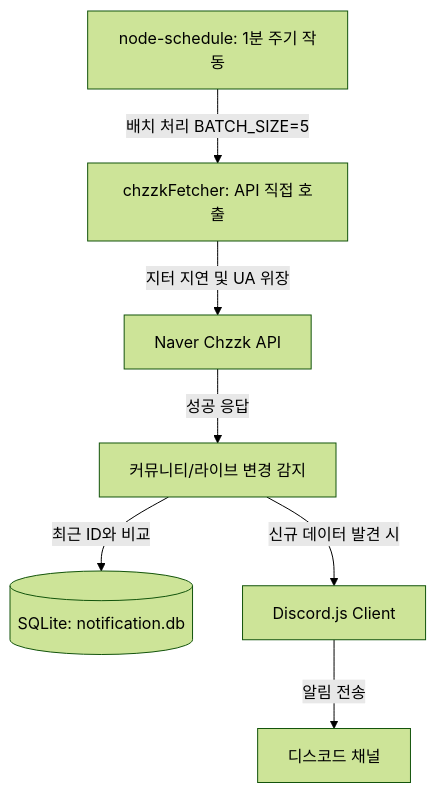
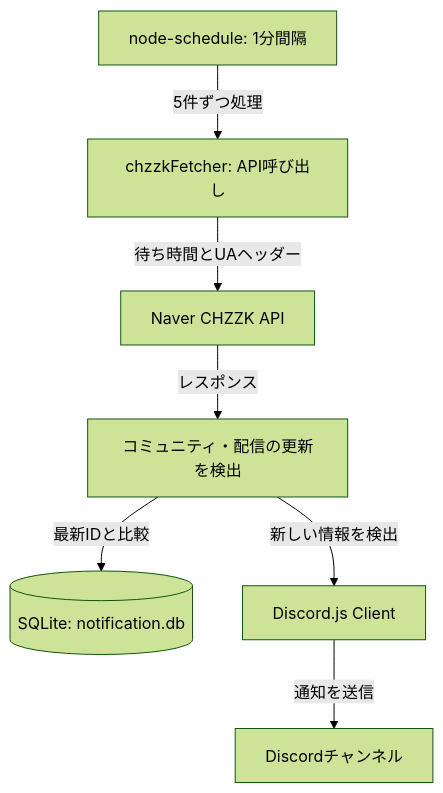
The diagram in README.md (inarizusi777/Chzzk-Noti-Discord-Bot-Ja), drawn with Mermaid (forest theme) before and after one commit. The commit also changed other lines of this file and 8 other files, not shown here.

````diff
--- a/README.md
+++ b/README.md
@@ -48,9 +48,9 @@
 ```mermaid
 graph TD
-    Scheduler[node-schedule: 1분 주기 작동] -->|배치 처리 BATCH_SIZE=5| Fetcher[chzzkFetcher: API 직접 호출]
-    Fetcher -->|지터 지연 및 UA 위장| NaverAPI[Naver Chzzk API]
-    NaverAPI -->|성공 응답| Detector[커뮤니티/라이브 변경 감지]
-    Detector -->|최근 ID와 비교| DB[(SQLite: notification.db)]
-    Detector -->|신규 데이터 발견 시| DiscordBot[Discord.js Client]
-    DiscordBot -->|알림 전송| DiscordChannel[디스코드 채널]
+   Scheduler[node-schedule: 1分間隔] -->|5件ずつ処理| Fetcher[chzzkFetcher: API呼び出し]
+   Fetcher -->|待ち時間とUAヘッダー| NaverAPI[Naver CHZZK API]
+   NaverAPI -->|レスポンス| Detector[コミュニティ・配信の更新を検出]
+   Detector -->|最新IDと比較| DB[(SQLite: notification.db)]
+   Detector -->|新しい情報を検出| DiscordBot[Discord.js Client]
+   DiscordBot -->|通知を送信| DiscordChannel[Discordチャンネル]
 ```
````
